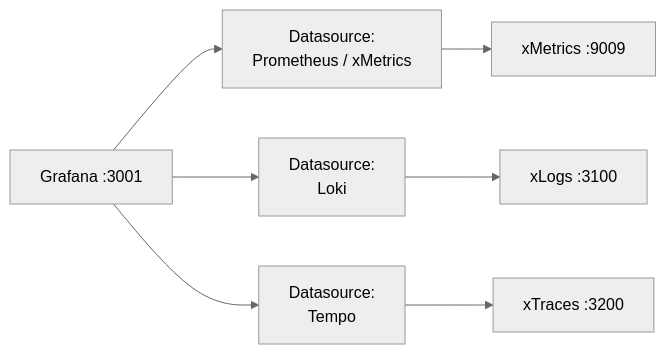
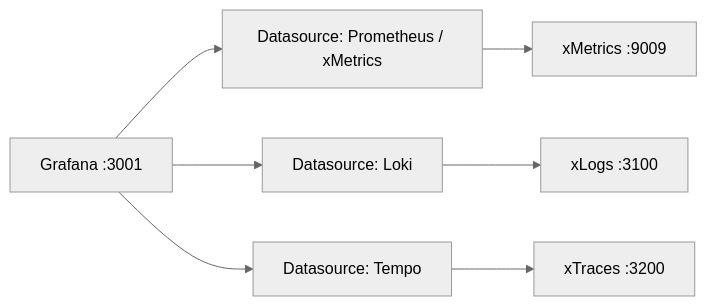
One commit to xscaler/training changed the diagram in docs/labs/lab-04-grafana.md. Above: the diagram before and after it, drawn with Mermaid (neutral theme). The commit also changed other lines of this file and 38 other files, not shown here.

First line of the commit message:
Remove internal content, fix Mermaid diagrams, and rewrite labs as customer-facing exercises

````diff
--- a/docs/labs/lab-04-grafana.md
+++ b/docs/labs/lab-04-grafana.md
@@ -15,14 +15,14 @@
 ```mermaid
 graph LR
     GR[Grafana :3001]
-    DS_M[Datasource:\nPrometheus / xMetrics]
-    DS_L[Datasource:\nLoki]
-    DS_T[Datasource:\nTempo]
+    DS_M[Datasource: Prometheus / xMetrics]
+    DS_L[Datasource: Loki]
+    DS_T[Datasource: Tempo]
     MI[xMetrics :9009]
     LO[xLogs :3100]
     TE[xTraces :3200]
 
     GR --> DS_M --> MI
     GR --> DS_L --> LO
     GR --> DS_T --> TE
 ```
````
